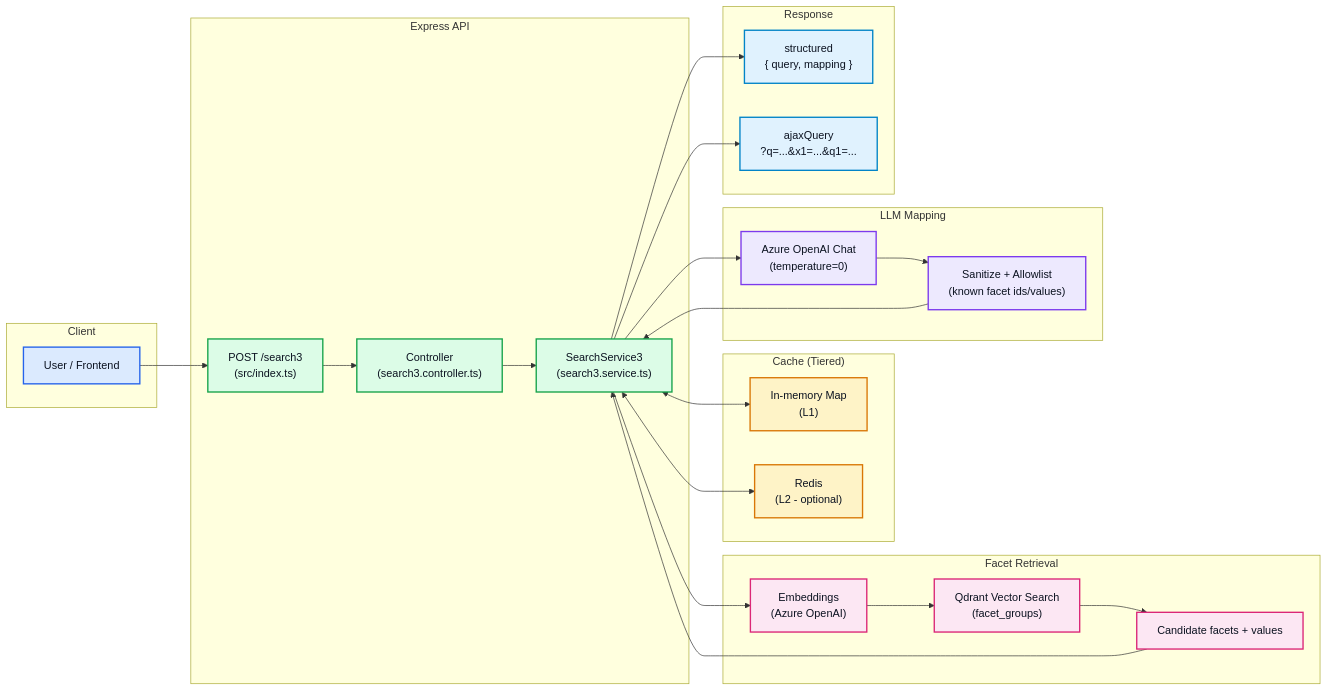
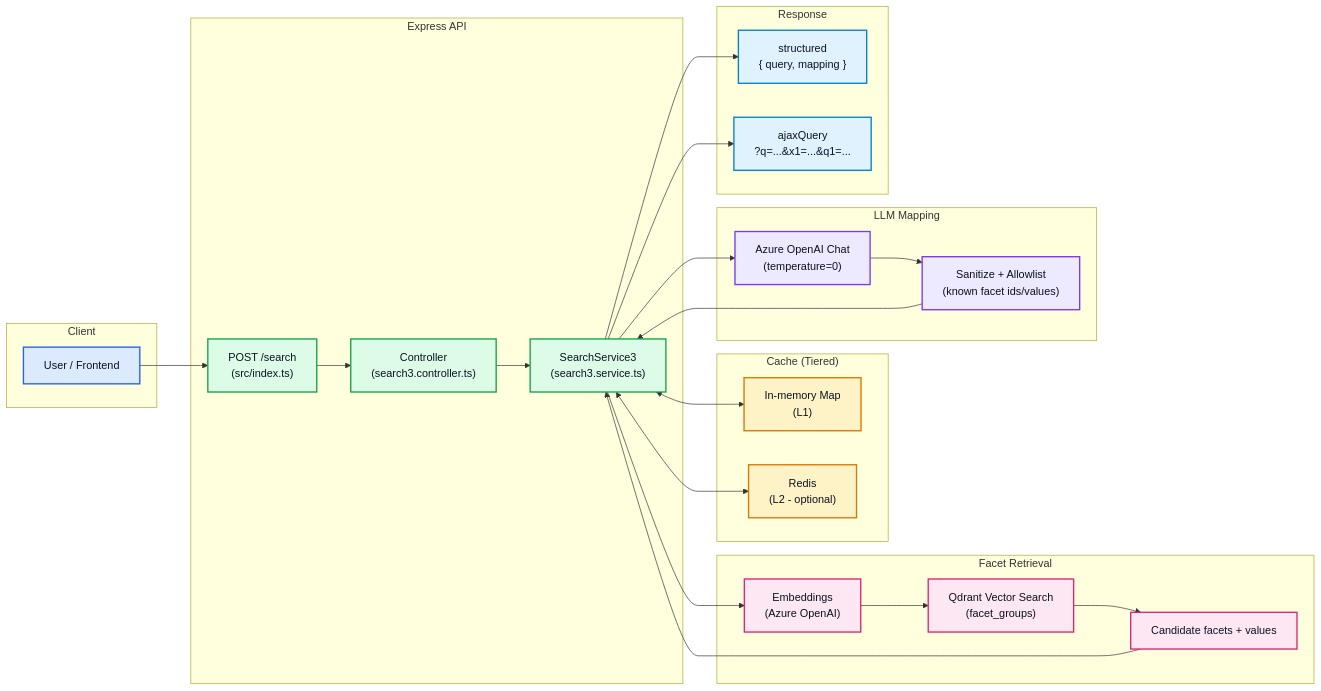
The diagram in README.md (yaseen-epm/stable_search), drawn with Mermaid before and after one commit.

Commit message:
Update README.md with endpoint fix

````diff
--- a/README.md
+++ b/README.md
@@ -7,57 +7,57 @@
 ```mermaid
 flowchart LR
   subgraph Client["Client"]
     U["User / Frontend"]
   end
 
   subgraph API["Express API"]
-    R["POST /search3<br/>(src/index.ts)"]
+    R["POST /search<br/>(src/index.ts)"]
     C["Controller<br/>(search3.controller.ts)"]
     S["SearchService3<br/>(search3.service.ts)"]
   end
 
   subgraph Cache["Cache (Tiered)"]
     M["In-memory Map<br/>(L1)"]
     D["Redis<br/>(L2 - optional)"]
   end
 
   subgraph Retrieval["Facet Retrieval"]
     E["Embeddings<br/>(Azure OpenAI)"]
     Q["Qdrant Vector Search<br/>(facet_groups)"]
     F["Candidate facets + values"]
   end
 
   subgraph LLM["LLM Mapping"]
     L["Azure OpenAI Chat<br/>(temperature=0)"]
     Z["Sanitize + Allowlist<br/>(known facet ids/values)"]
   end
 
   subgraph Output["Response"]
     O1["structured<br/>{ query, mapping }"]
     O2["ajaxQuery<br/>?q=...&x1=...&q1=..."]
   end
 
   U --> R --> C --> S
   S <--> M
   S <--> D
   S --> E --> Q --> F
   S --> L --> Z
   F --> S
   Z --> S
   S --> O1
   S --> O2
 
   classDef client fill:#DBEAFE,stroke:#2563EB,stroke-width:2px,color:#0B1220;
   classDef api fill:#DCFCE7,stroke:#16A34A,stroke-width:2px,color:#0B1220;
   classDef cache fill:#FEF3C7,stroke:#D97706,stroke-width:2px,color:#0B1220;
   classDef retrieval fill:#FCE7F3,stroke:#DB2777,stroke-width:2px,color:#0B1220;
   classDef llm fill:#EDE9FE,stroke:#7C3AED,stroke-width:2px,color:#0B1220;
   classDef out fill:#E0F2FE,stroke:#0284C7,stroke-width:2px,color:#0B1220;
 
   class U client;
   class R,C,S api;
   class M,D cache;
   class E,Q,F retrieval;
   class L,Z llm;
   class O1,O2 out;
 ```
````
